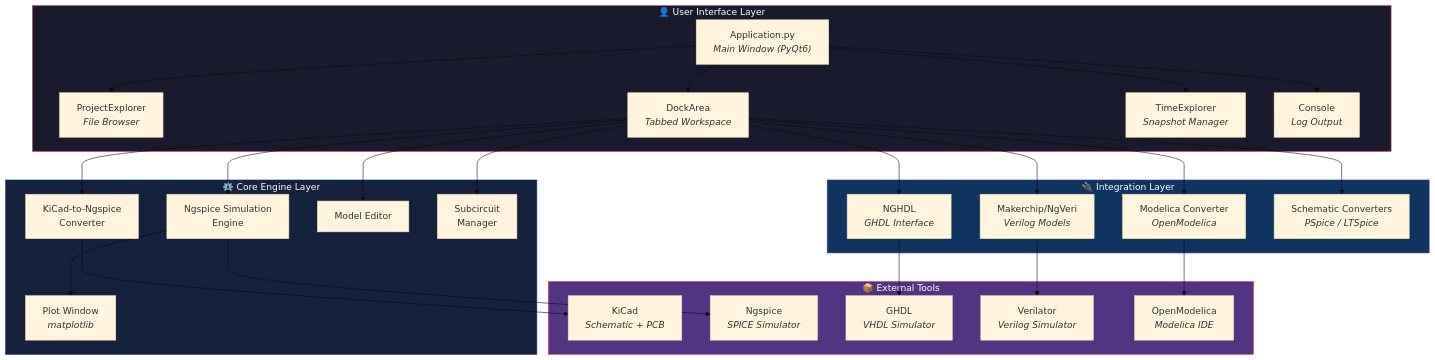
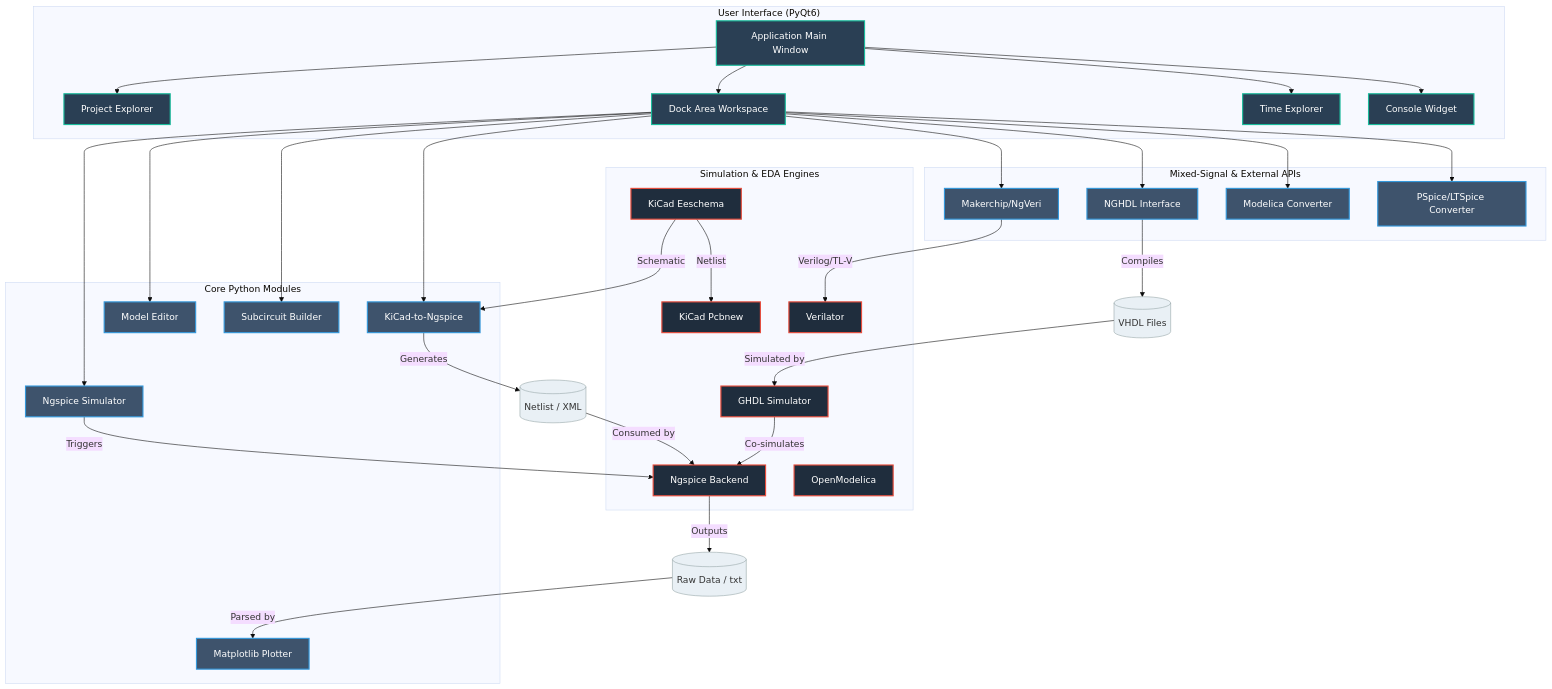
The first of 2 diagrams in README.md (FOSSEE/eSim), drawn with Mermaid (base theme) before and after one commit. The commit also changed other lines of this file and 4 other files, not shown here.

````diff
--- a/README.md
+++ b/README.md
@@ -75,59 +79,66 @@
 ```mermaid
 graph TB
-    subgraph USER["👤 User Interface Layer"]
-        APP["Application.py<br/><i>Main Window (PyQt6)</i>"]
-        PE["ProjectExplorer<br/><i>File Browser</i>"]
-        DA["DockArea<br/><i>Tabbed Workspace</i>"]
-        TE["TimeExplorer<br/><i>Snapshot Manager</i>"]
-        CON["Console<br/><i>Log Output</i>"]
+    %% Styling
+    classDef ui fill:#2A3F54,stroke:#1ABB9C,stroke-width:2px,color:#fff
+    classDef core fill:#3E536C,stroke:#3498DB,stroke-width:2px,color:#fff
+    classDef engine fill:#1F2D3D,stroke:#E74C3C,stroke-width:2px,color:#fff
+    classDef data fill:#E9F0F5,stroke:#95A5A6,stroke-width:1px,color:#333
+    
+    subgraph UI ["User Interface (PyQt6)"]
+        A[Application Main Window]:::ui
+        PE[Project Explorer]:::ui
+        DA[Dock Area Workspace]:::ui
+        TE[Time Explorer]:::ui
+        CON[Console Widget]:::ui
+        
+        A --> PE & DA & TE & CON
     end
 
-    subgraph CORE["⚙️ Core Engine Layer"]
-        KNG["KiCad-to-Ngspice<br/>Converter"]
-        SIM["Ngspice Simulation<br/>Engine"]
-        PLT["Plot Window<br/><i>matplotlib</i>"]
-        ME["Model Editor"]
-        SC["Subcircuit<br/>Manager"]
+    subgraph CORE ["Core Python Modules"]
+        K2N[KiCad-to-Ngspice]:::core
+        SIM[Ngspice Simulator]:::core
+        PLT[Matplotlib Plotter]:::core
+        ME[Model Editor]:::core
+        SC[Subcircuit Builder]:::core
+        
+        DA --> K2N & SIM & ME & SC
     end
 
-    subgraph INTEGRATION["🔌 Integration Layer"]
-        NGHDL["NGHDL<br/><i>GHDL Interface</i>"]
-        MKR["Makerchip/NgVeri<br/><i>Verilog Models</i>"]
-        MOD["Modelica Converter<br/><i>OpenModelica</i>"]
-        CONV["Schematic Converters<br/><i>PSpice / LTSpice</i>"]
+    subgraph INTEGRATION ["Mixed-Signal & External APIs"]
+        NGHDL[NGHDL Interface]:::core
+        MKR[Makerchip/NgVeri]:::core
+        MOD[Modelica Converter]:::core
+        CONV[PSpice/LTSpice Converter]:::core
+        
+        DA --> NGHDL & MKR & MOD & CONV
     end
 
-    subgraph EXTERNAL["📦 External Tools"]
-        KICAD["KiCad<br/><i>Schematic + PCB</i>"]
-        NGSPICE["Ngspice<br/><i>SPICE Simulator</i>"]
-        GHDL["GHDL<br/><i>VHDL Simulator</i>"]
-        VERILATOR["Verilator<br/><i>Verilog Simulator</i>"]
-        OMEDIT["OpenModelica<br/><i>Modelica IDE</i>"]
+    subgraph ENGINES ["Simulation & EDA Engines"]
+        KICAD[KiCad Eeschema]:::engine
+        PCB[KiCad Pcbnew]:::engine
+        NGSPICE[Ngspice Backend]:::engine
+        GHDL[GHDL Simulator]:::engine
+        VER[Verilator]:::engine
+        OM[OpenModelica]:::engine
     end
 
-    APP --> PE
-    APP --> DA
-    APP --> TE
-    APP --> CON
-
-    DA --> KNG
-    DA --> SIM
-    DA --> ME
-    DA --> SC
-    DA --> NGHDL
-    DA --> MKR
-    DA --> MOD
-    DA --> CONV
-
-    KNG --> KICAD
-    SIM --> NGSPICE
-    SIM --> PLT
-    NGHDL --> GHDL
-    MKR --> VERILATOR
-    MOD --> OMEDIT
-
-    style USER fill:#1a1a2e,stroke:#e94560,color:#fff
-    style CORE fill:#16213e,stroke:#0f3460,color:#fff
-    style INTEGRATION fill:#0f3460,stroke:#533483,color:#fff
-    style EXTERNAL fill:#533483,stroke:#e94560,color:#fff
+    %% Data Flow
+    XML[(Netlist / XML)]:::data
+    RAW[(Raw Data / txt)]:::data
+    VHDL[(VHDL Files)]:::data
+    
+    K2N -- Generates --> XML
+    XML -- Consumed by --> NGSPICE
+    SIM -- Triggers --> NGSPICE
+    NGSPICE -- Outputs --> RAW
+    RAW -- Parsed by --> PLT
+    
+    NGHDL -- Compiles --> VHDL
+    VHDL -- Simulated by --> GHDL
+    GHDL -- Co-simulates --> NGSPICE
+    
+    MKR -- Verilog/TL-V --> VER
+    
+    KICAD -- Schematic --> K2N
+    KICAD -- Netlist --> PCB
 ```
````
